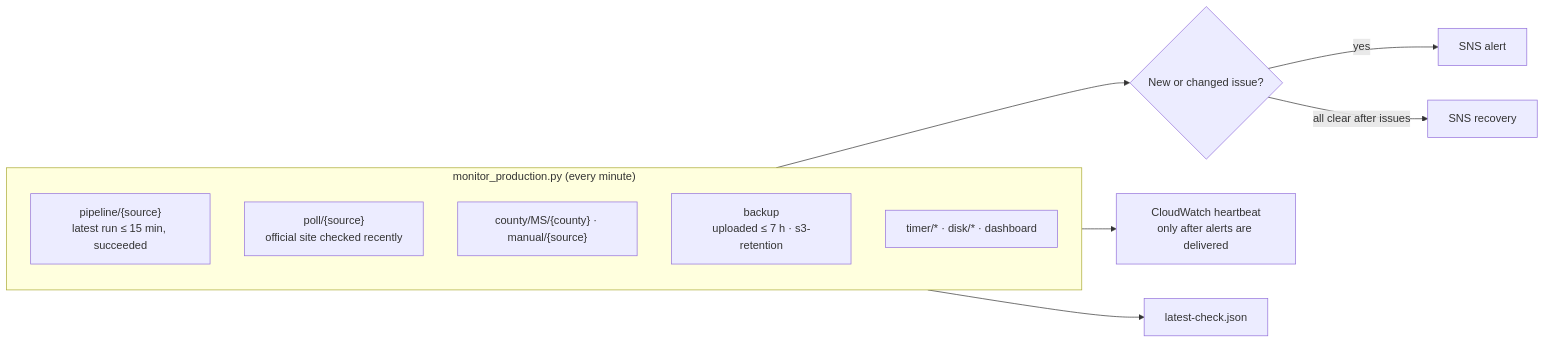
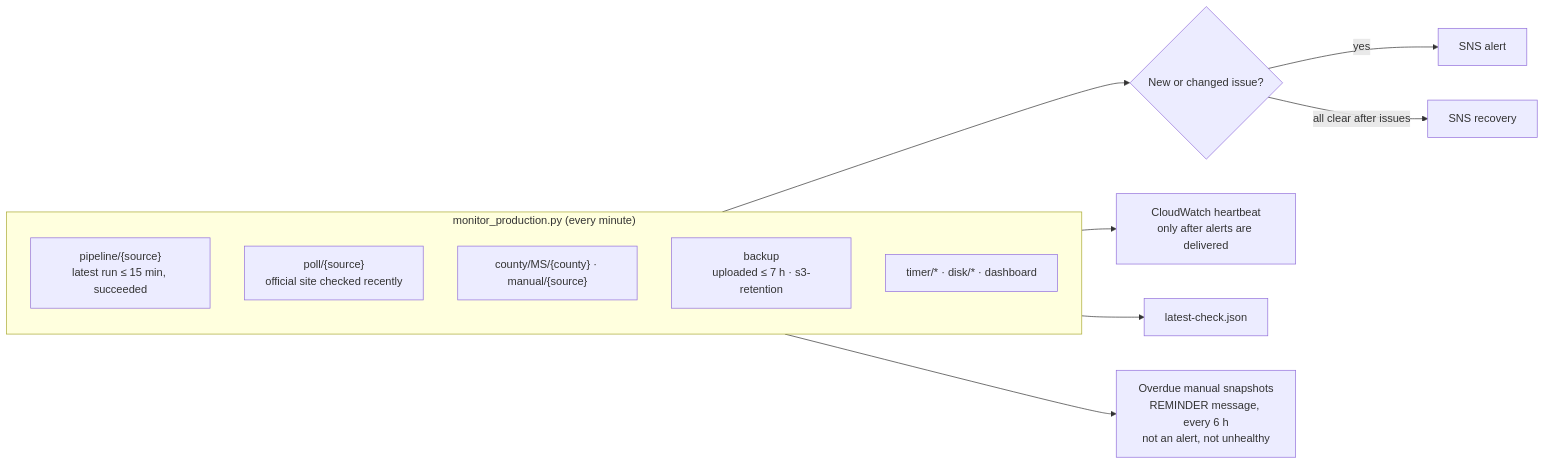
The fourth of 5 diagrams in docs/architecture/operations.md (Naman4561/us-election-results-pipeline), drawn with Mermaid before and after one commit. The commit also changed other lines of this file and 4 other files, not shown here.

First line of the commit message:
feat(monitor): send overdue manual snapshots as reminders, not alerts

````diff
--- a/docs/architecture/operations.md
+++ b/docs/architecture/operations.md
@@ -67,15 +67,16 @@
 ```mermaid
 flowchart LR
     subgraph checks["monitor_production.py (every minute)"]
         c1["pipeline/{source}<br/>latest run ≤ 15 min, succeeded"]
         c2["poll/{source}<br/>official site checked recently"]
         c3["county/MS/{county} · manual/{source}"]
         c4["backup<br/>uploaded ≤ 7 h · s3-retention"]
         c5["timer/* · disk/* · dashboard"]
     end
     checks --> DEC{"New or changed issue?"}
     DEC -- yes --> SNS["SNS alert"]
     DEC -- "all clear after issues" --> REC["SNS recovery"]
     checks --> HB["CloudWatch heartbeat<br/>only after alerts are delivered"]
     checks --> FILE["latest-check.json"]
+    checks --> REM["Overdue manual snapshots<br/>REMINDER message, every 6 h<br/>not an alert, not unhealthy"]
 ```
````
